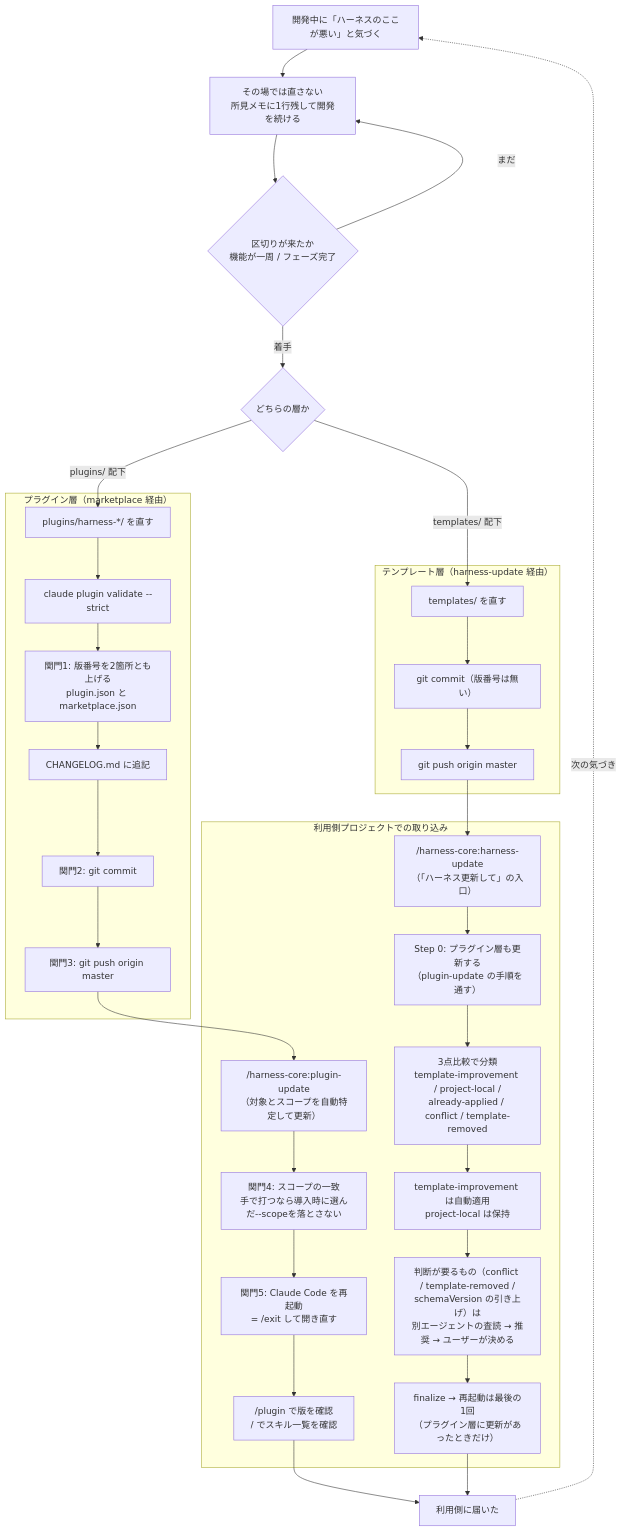
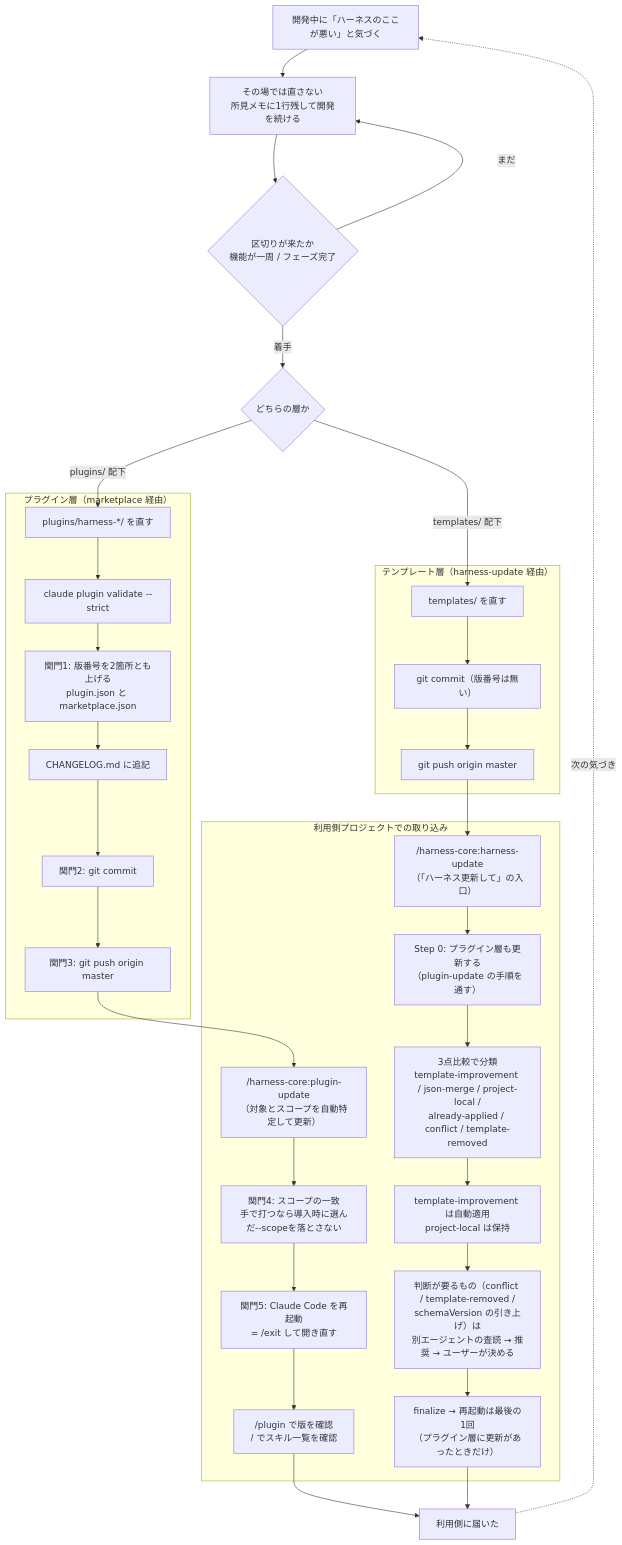
Before and after one commit to mizuta0711/claude-dev-harness: the diagram in docs/diagrams/06_改善還元フロー図.md, drawn with Mermaid. The commit also changed 7 other files, not shown here.

````diff
--- a/docs/diagrams/06_改善還元フロー図.md
+++ b/docs/diagrams/06_改善還元フロー図.md
@@ -57,49 +57,49 @@
 ```mermaid
 flowchart TD
     A["開発中に「ハーネスのここが悪い」と気づく"] --> B["その場では直さない<br/>所見メモに1行残して開発を続ける"]
     B --> C{"区切りが来たか<br/>機能が一周 / フェーズ完了"}
     C -->|まだ| B
     C -->|着手| D{"どちらの層か"}
 
     subgraph PL["プラグイン層（marketplace 経由）"]
         P1["plugins/harness-*/ を直す"]
         P2["claude plugin validate --strict"]
         P3["関門1: 版番号を2箇所とも上げる<br/>plugin.json と marketplace.json"]
         P4["CHANGELOG.md に追記"]
         P5["関門2: git commit"]
         P6["関門3: git push origin master"]
         P1 --> P2 --> P3 --> P4 --> P5 --> P6
     end
 
     subgraph TL["テンプレート層（harness-update 経由）"]
         T1["templates/ を直す"]
         T2["git commit（版番号は無い）"]
         T3["git push origin master"]
         T1 --> T2 --> T3
     end
 
     D -->|"plugins/ 配下"| P1
     D -->|"templates/ 配下"| T1
 
     subgraph UP["利用側プロジェクトでの取り込み"]
         U1["/harness-core:plugin-update<br/>（対象とスコープを自動特定して更新）"]
         U2["関門4: スコープの一致<br/>手で打つなら導入時に選んだ--scopeを落とさない"]
         U3["関門5: Claude Code を再起動<br/>= /exit して開き直す"]
         U4["/plugin で版を確認<br/>/ でスキル一覧を確認"]
         U1 --> U2 --> U3 --> U4
         W1["/harness-core:harness-update<br/>（「ハーネス更新して」の入口）"]
         W0["Step 0: プラグイン層も更新する<br/>（plugin-update の手順を通す）"]
-        W2["3点比較で分類<br/>template-improvement / project-local /<br/>already-applied / conflict / template-removed"]
+        W2["3点比較で分類<br/>template-improvement / json-merge / project-local /<br/>already-applied / conflict / template-removed"]
         W3["template-improvement は自動適用<br/>project-local は保持"]
         W4["判断が要るもの（conflict / template-removed /<br/>schemaVersion の引き上げ）は<br/>別エージェントの査読 → 推奨 → ユーザーが決める"]
         W5["finalize → 再起動は最後の1回<br/>（プラグイン層に更新があったときだけ）"]
         W1 --> W0 --> W2 --> W3 --> W4 --> W5
     end
 
     P6 --> U1
     T3 --> W1
 
     U4 --> Z["利用側に届いた"]
     W5 --> Z
     Z -.->|次の気づき| A
 ```
````
